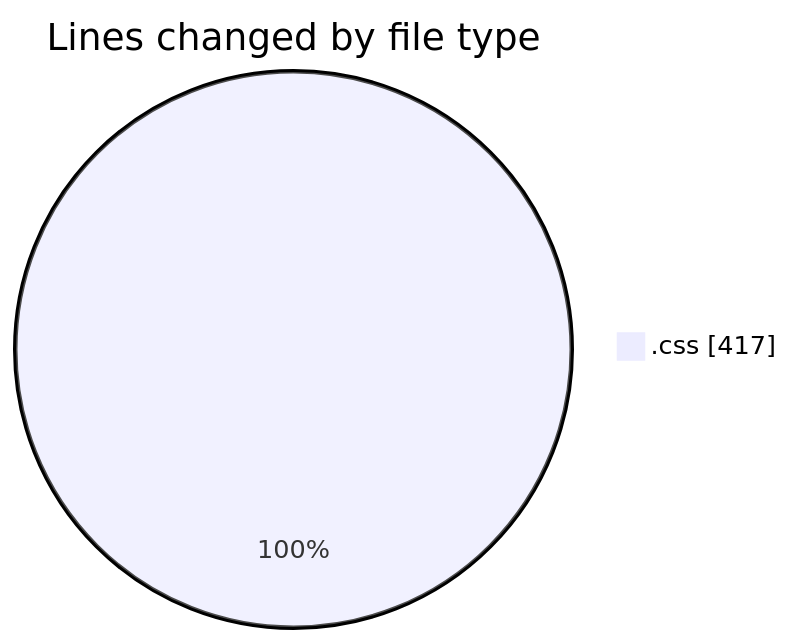
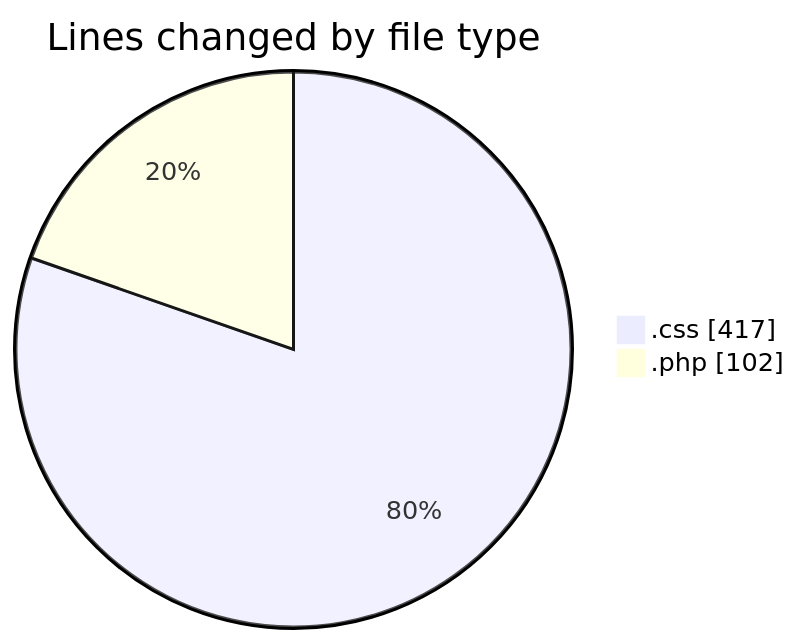
The first of 2 diagrams in 2025-06-04/web/README.md (LanceThiago/code-tracking), drawn with Mermaid before and after one commit. The commit also changed other lines of this file and 1 other file, not shown here.

````diff
--- a/2025-06-04/web/README.md
+++ b/2025-06-04/web/README.md
@@ -20,5 +22,6 @@
 ```mermaid
 pie showData
 title Lines changed by file type
 ".css" : 417
+".php" : 102
 ```
````
